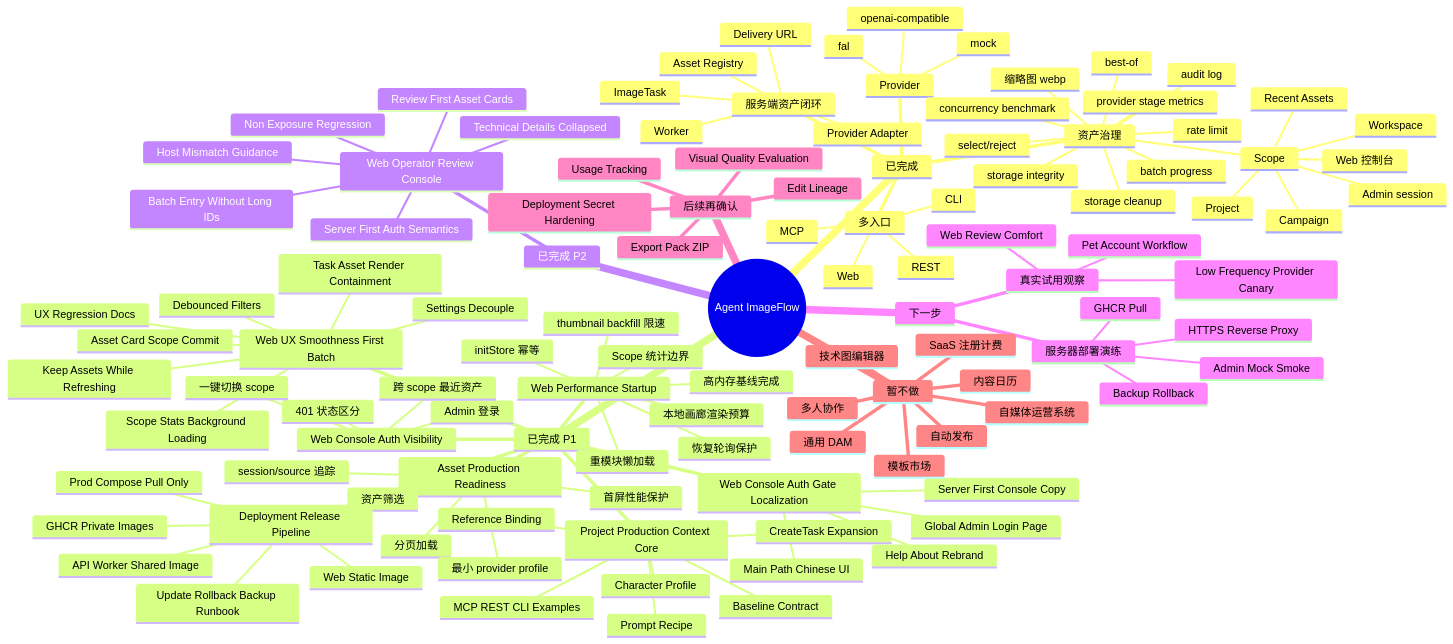
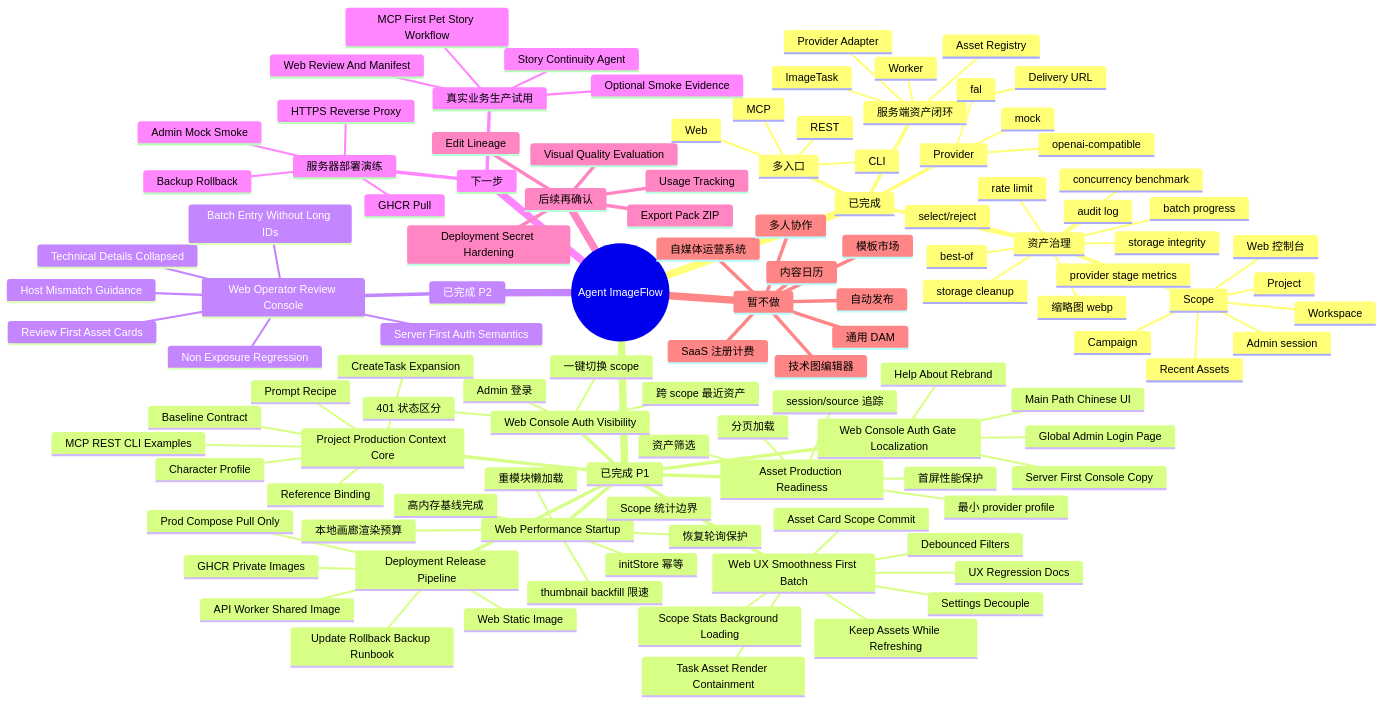
Before and after one commit to billionsheep/agent-imageflow: the diagram in docs/project/PROJECT_STATUS_MAP.md, drawn with Mermaid. The commit also changed other lines of this file and 17 other files, not shown here.

Commit message:
Advance MCP-first pet production workflow

```diff
--- a/docs/project/PROJECT_STATUS_MAP.md
+++ b/docs/project/PROJECT_STATUS_MAP.md
@@ -129,10 +129,11 @@
         HTTPS Reverse Proxy
         Admin Mock Smoke
         Backup Rollback
-      真实试用观察
-        Pet Account Workflow
-        Web Review Comfort
-        Low Frequency Provider Canary
+      真实业务生产试用
+        MCP First Pet Story Workflow
+        Story Continuity Agent
+        Web Review And Manifest
+        Optional Smoke Evidence
     后续再确认
       Usage Tracking
       Edit Lineage
```
